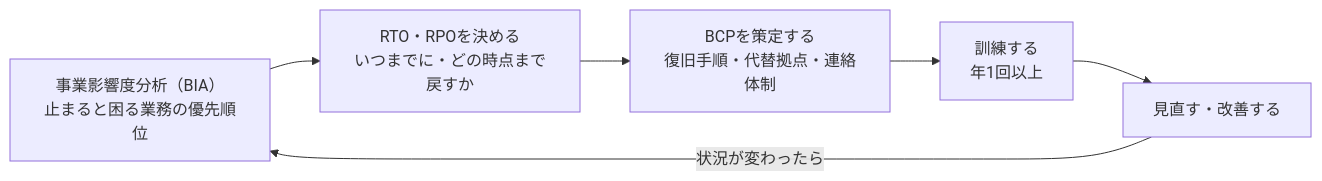
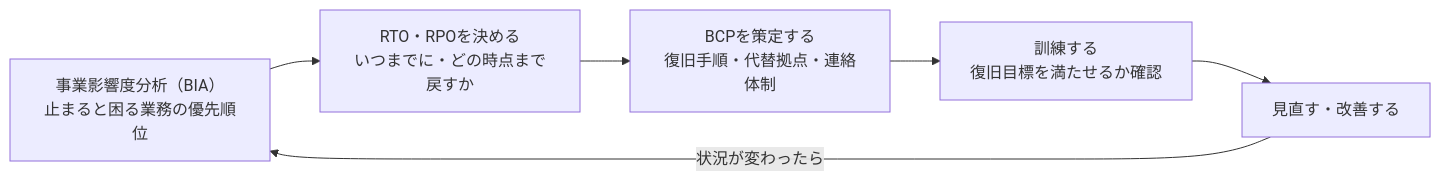
One commit to sasisi344/syllabus-hack changed the diagram in src/data/post/theory/bcm-bcp-business-continuity/index.md. Above: the diagram before and after it, drawn with Mermaid. The commit also changed other lines of this file and 26 other files, not shown here.

````diff
--- a/src/data/post/theory/bcm-bcp-business-continuity/index.md
+++ b/src/data/post/theory/bcm-bcp-business-continuity/index.md
@@ -45,8 +52,8 @@
 ```mermaid caption="BCPはBCMの輪の中で作られ、見直され続ける"
 flowchart LR
   A["事業影響度分析（BIA）<br/>止まると困る業務の優先順位"] --> B["RTO・RPOを決める<br/>いつまでに・どの時点まで戻すか"]
   B --> C["BCPを策定する<br/>復旧手順・代替拠点・連絡体制"]
-  C --> D["訓練する<br/>年1回以上"]
+  C --> D["訓練する<br/>復旧目標を満たせるか確認"]
   D --> E["見直す・改善する"]
   E -->|状況が変わったら| A
 ```
````
